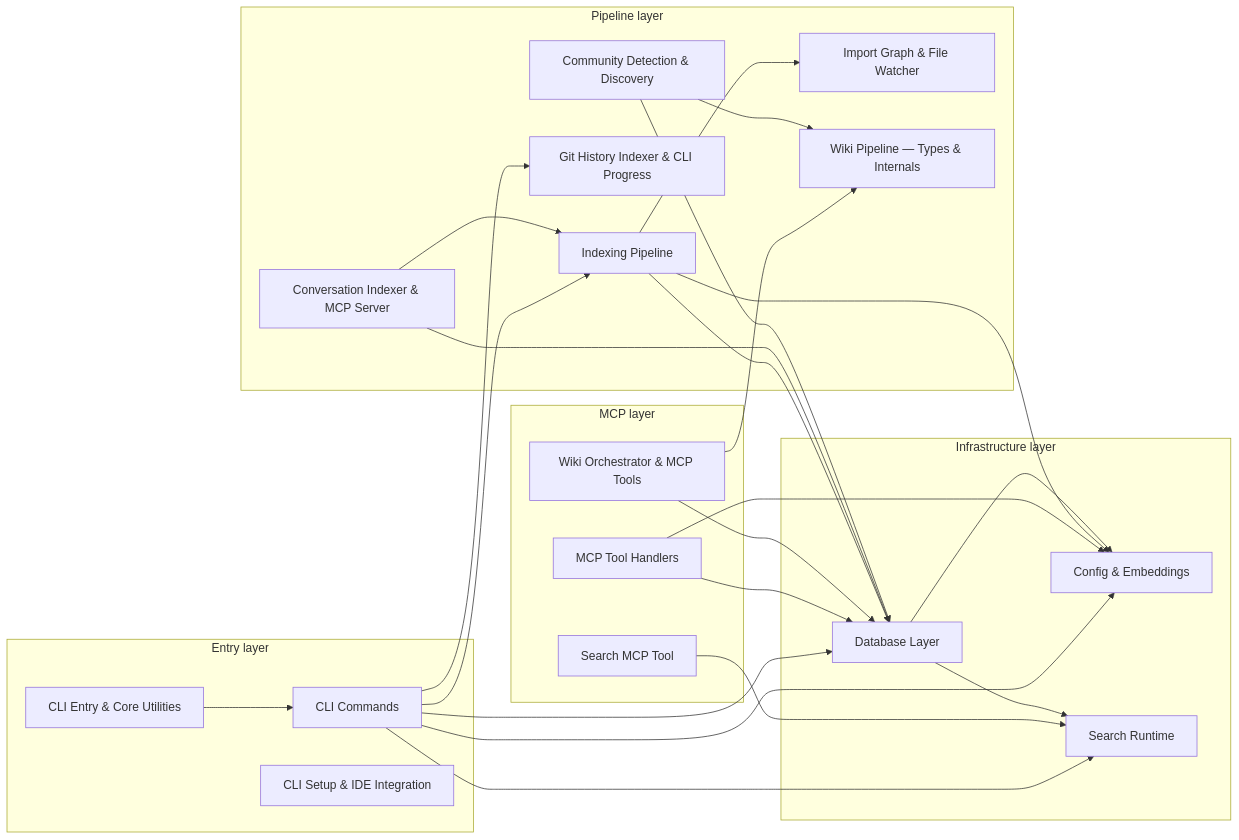
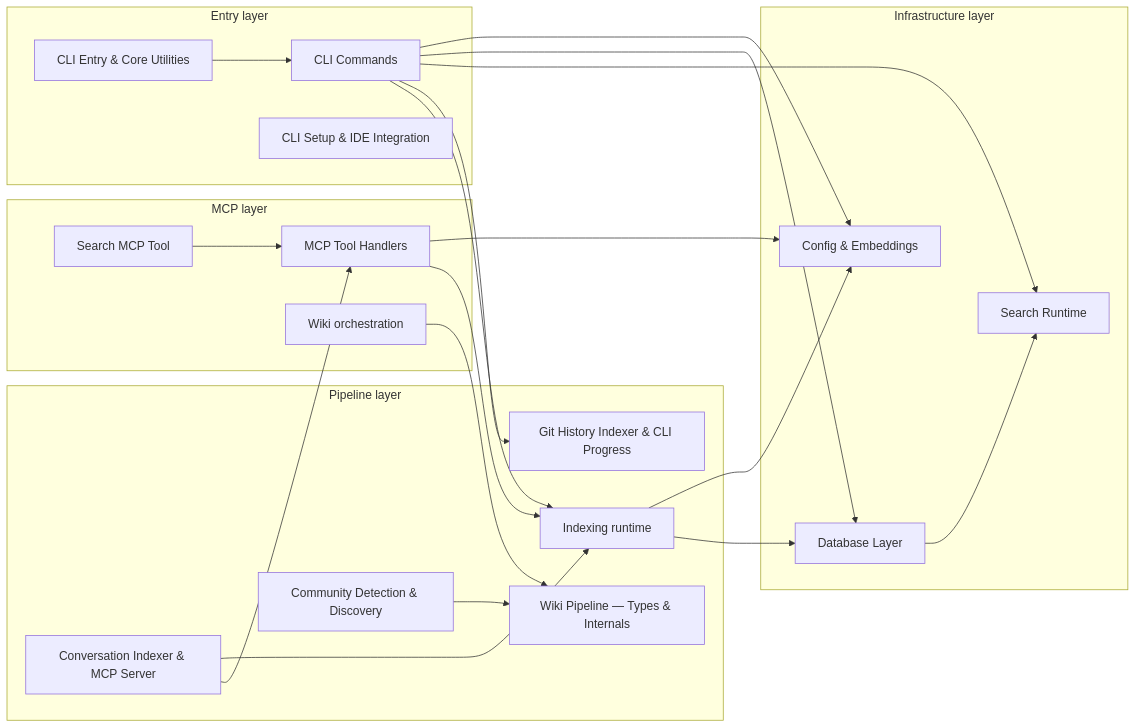
Before and after one commit to TheWinci/mimirs: the first of 2 diagrams in wiki/architecture.md, drawn with Mermaid. The commit also changed other lines of this file and 36 other files, not shown here.

````diff
--- a/wiki/architecture.md
+++ b/wiki/architecture.md
@@ -11,47 +11,42 @@
 ```mermaid
 flowchart LR
-  subgraph Entry["Entry layer"]
+  subgraph EntryLayer["Entry layer"]
     cliEntry["CLI Entry & Core Utilities"]
     cliCmds["CLI Commands"]
     cliSetup["CLI Setup & IDE Integration"]
   end
-  subgraph MCP["MCP layer"]
+  subgraph McpLayer["MCP layer"]
     mcpTools["MCP Tool Handlers"]
     searchTool["Search MCP Tool"]
-    wikiOrch["Wiki Orchestrator & MCP Tools"]
+    wikiOrch["Wiki orchestration"]
   end
-  subgraph Pipeline["Pipeline layer"]
-    indexing["Indexing Pipeline"]
+  subgraph PipelineLayer["Pipeline layer"]
+    indexing["Indexing runtime"]
     convServer["Conversation Indexer & MCP Server"]
     gitIdx["Git History Indexer & CLI Progress"]
-    graphWatch["Import Graph & File Watcher"]
     communityDet["Community Detection & Discovery"]
     wikiPipe["Wiki Pipeline — Types & Internals"]
   end
-  subgraph Infra["Infrastructure layer"]
+  subgraph InfraLayer["Infrastructure layer"]
     db["Database Layer"]
     cfgEmbed["Config & Embeddings"]
-    search["Search Runtime"]
+    searchRt["Search Runtime"]
   end
 
   cliEntry --> cliCmds
   cliCmds --> cfgEmbed
   cliCmds --> db
-  cliCmds --> search
+  cliCmds --> searchRt
   cliCmds --> gitIdx
   cliCmds --> indexing
-  mcpTools --> db
   mcpTools --> cfgEmbed
-  searchTool --> search
-  wikiOrch --> db
+  mcpTools --> indexing
+  searchTool --> mcpTools
   wikiOrch --> wikiPipe
   indexing --> cfgEmbed
   indexing --> db
-  indexing --> graphWatch
   convServer --> indexing
-  convServer --> db
-  communityDet --> db
+  convServer --> mcpTools
   communityDet --> wikiPipe
-  db --> search
-  db --> cfgEmbed
+  db --> searchRt
 ```
````
